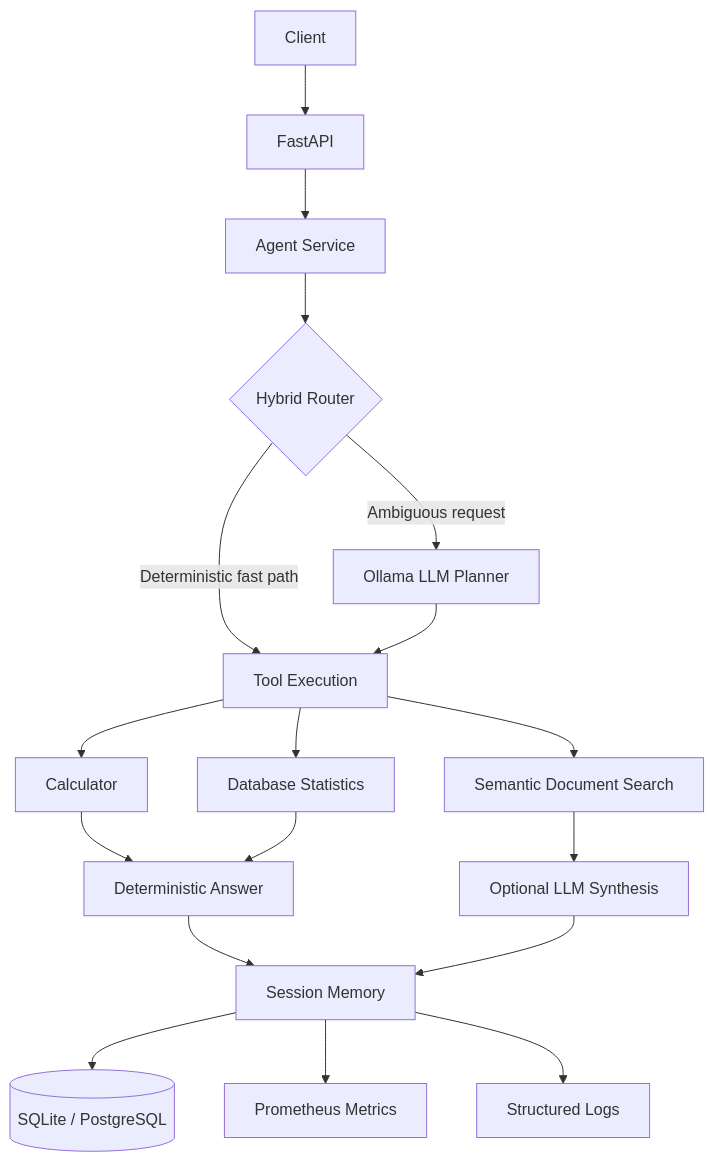
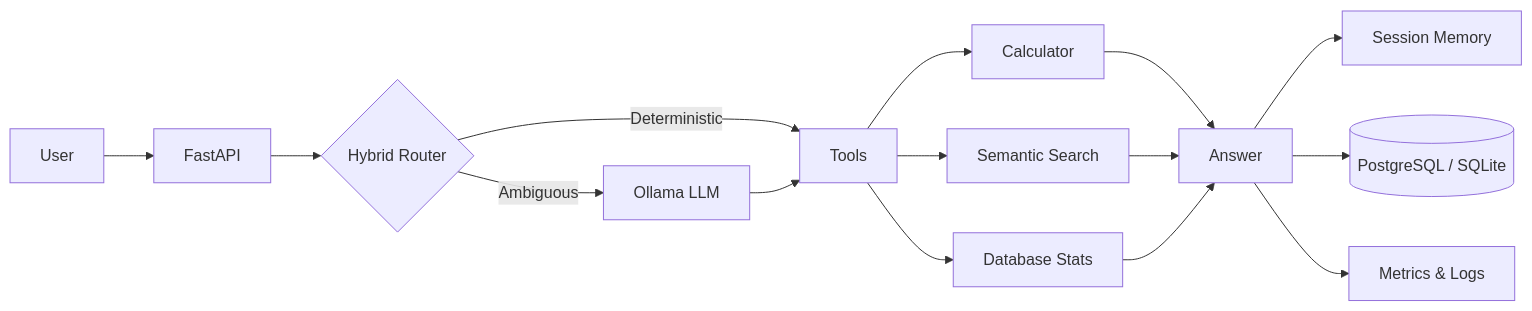
Before and after one commit to vasilischr01/applied-ai-agent-platform: the diagram in README.md, drawn with Mermaid. The commit also changed other lines of this file and 3 other files, not shown here.

````diff
--- a/README.md
+++ b/README.md
@@ -36,28 +27,22 @@
 ```mermaid
-flowchart TD
-    C[Client] --> API[FastAPI]
+flowchart LR
+    U[User] --> API[FastAPI]
+    API --> R{Hybrid Router}
 
-    API --> A[Agent Service]
-
-    A --> R{Hybrid Router}
-
-    R -->|Deterministic fast path| T[Tool Execution]
-    R -->|Ambiguous request| L[Ollama LLM Planner]
+    R -->|Deterministic| T[Tools]
+    R -->|Ambiguous| L[Ollama LLM]
 
     L --> T
 
-    T --> CALC[Calculator]
-    T --> DOC[Semantic Document Search]
-    T --> DBT[Database Statistics]
+    T --> C[Calculator]
+    T --> D[Semantic Search]
+    T --> DB[Database Stats]
 
-    CALC --> DANS[Deterministic Answer]
-    DBT --> DANS
-    DOC --> SYN[Optional LLM Synthesis]
+    C --> A[Answer]
+    D --> A
+    DB --> A
 
-    DANS --> MEM[Session Memory]
-    SYN --> MEM
-
-    MEM --> DB[(SQLite / PostgreSQL)]
-    MEM --> MET[Prometheus Metrics]
-    MEM --> LOG[Structured Logs]
+    A --> M[Session Memory]
+    A --> P[(PostgreSQL / SQLite)]
+    A --> O[Metrics & Logs]
 ```
````
